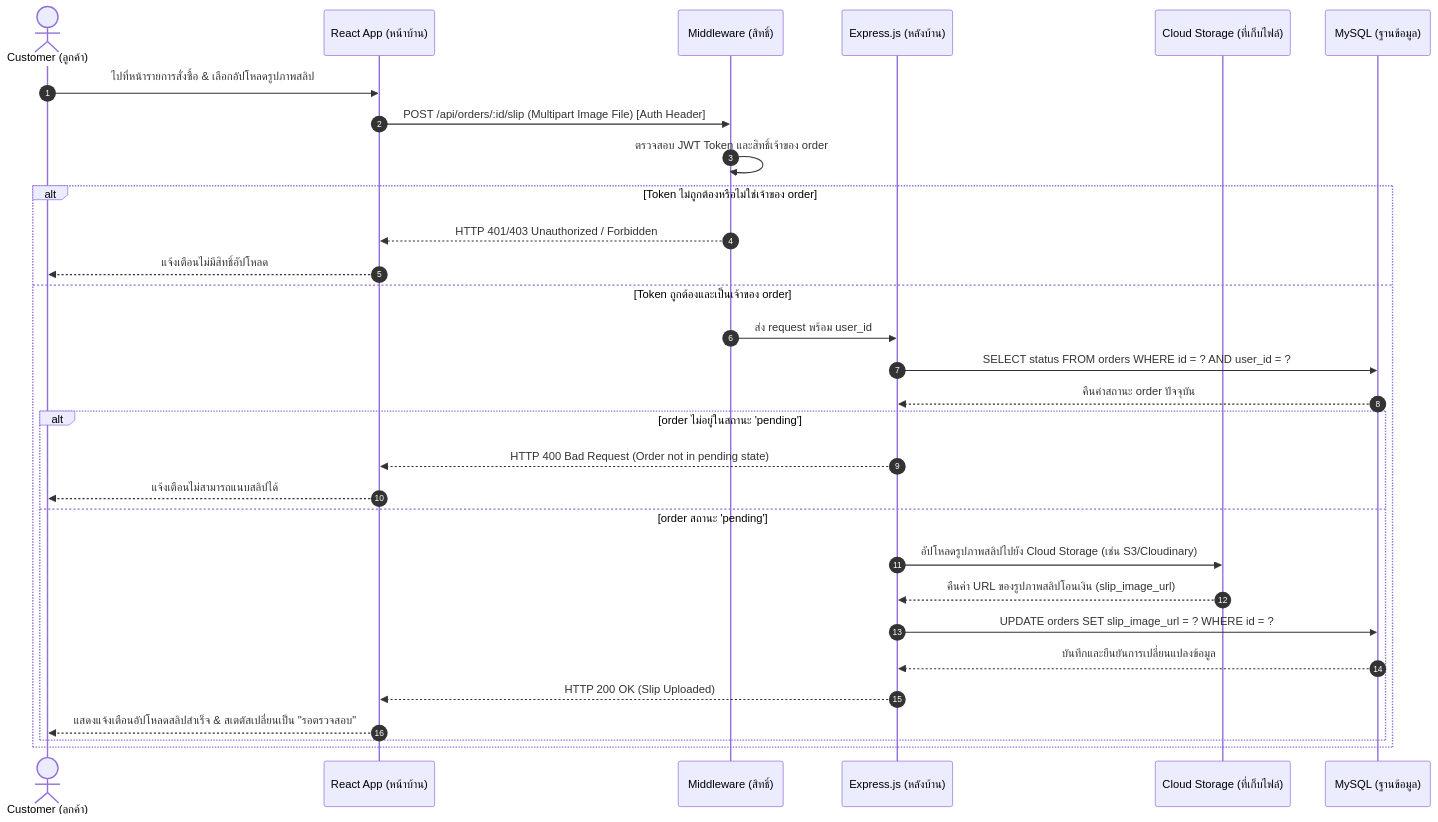
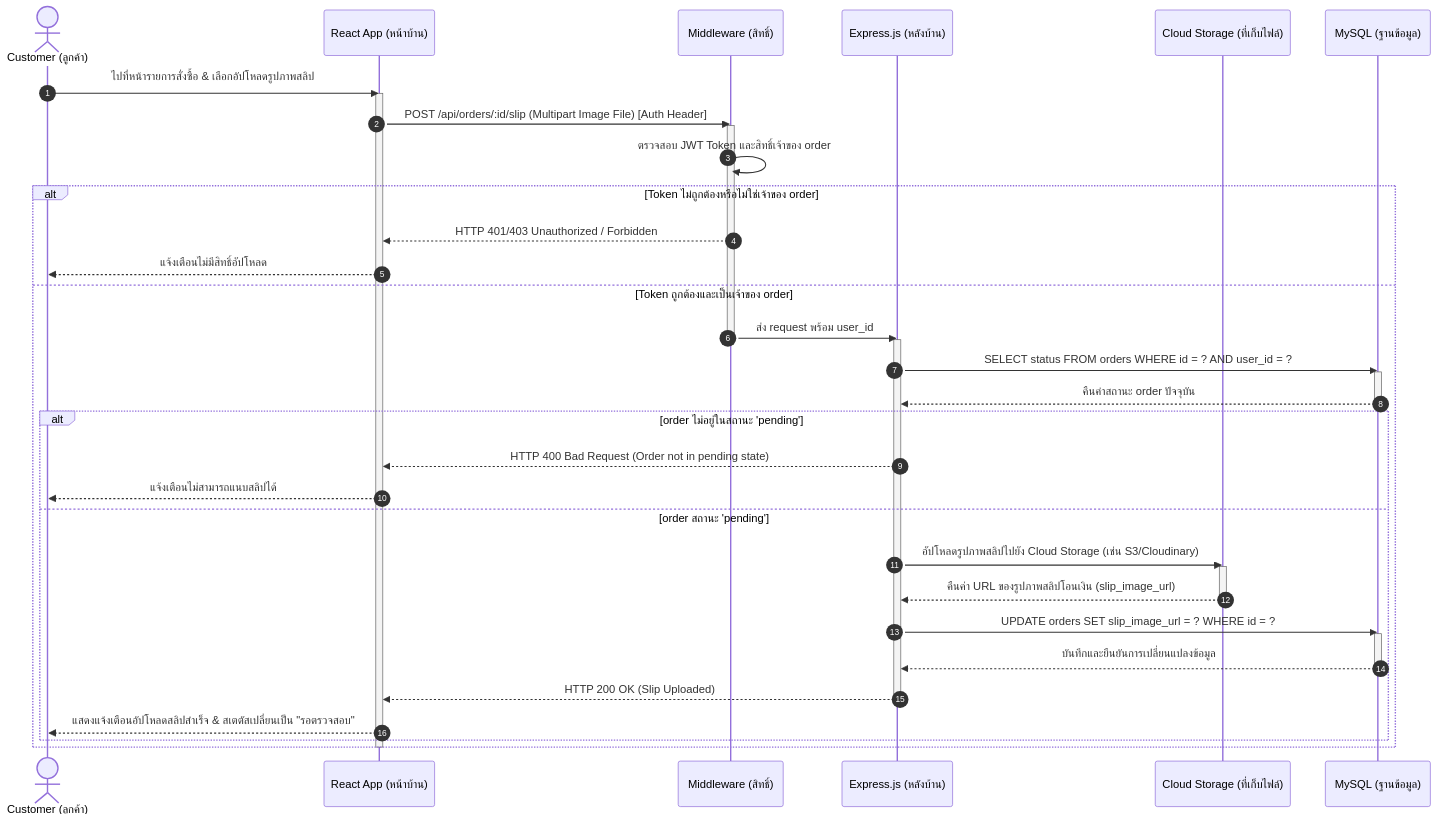
Before and after one commit to SupvichSpuGM/online-bookstore: the seventh of 15 diagrams in diagram/Diagram.md, drawn with Mermaid. The commit also changed other lines of this file and 2 other files, not shown here.

Commit message:
อัพเดทให้ sq diagram ตรงกัน

````diff
--- a/diagram/Diagram.md
+++ b/diagram/Diagram.md
@@ -393,33 +472,45 @@
 ```mermaid
 sequenceDiagram
-    autonumber
-    actor Customer as Customer (ลูกค้า)
-    participant Client as React App (หน้าบ้าน)
-    participant AuthMW as Middleware (สิทธิ์)
-    participant API as Express.js (หลังบ้าน)
-    participant Storage as Cloud Storage (ที่เก็บไฟล์)
-    participant DB as MySQL (ฐานข้อมูล)
+            autonumber
+            actor Customer as Customer (ลูกค้า)
+            participant Client as React App (หน้าบ้าน)
+            participant AuthMW as Middleware (สิทธิ์)
+            participant API as Express.js (หลังบ้าน)
+            participant Storage as Cloud Storage (ที่เก็บไฟล์)
+            participant DB as MySQL (ฐานข้อมูล)
 
-    Customer->>Client: ไปที่หน้ารายการสั่งซื้อ & เลือกอัปโหลดรูปภาพสลิป
-    Client->>AuthMW: POST /api/orders/:id/slip (Multipart Image File) [Auth Header]
-    AuthMW->>AuthMW: ตรวจสอบ JWT Token และสิทธิ์เจ้าของ order
-    alt Token ไม่ถูกต้องหรือไม่ใช่เจ้าของ order
-        AuthMW-->>Client: HTTP 401/403 Unauthorized / Forbidden
-        Client-->>Customer: แจ้งเตือนไม่มีสิทธิ์อัปโหลด
-    else Token ถูกต้องและเป็นเจ้าของ order
-        AuthMW->>API: ส่ง request พร้อม user_id
-        API->>DB: SELECT status FROM orders WHERE id = ? AND user_id = ?
-        DB-->>API: คืนค่าสถานะ order ปัจจุบัน
-        alt order ไม่อยู่ในสถานะ 'pending'
-            API-->>Client: HTTP 400 Bad Request (Order not in pending state)
-            Client-->>Customer: แจ้งเตือนไม่สามารถแนบสลิปได้
-        else order สถานะ 'pending'
-            API->>Storage: อัปโหลดรูปภาพสลิปไปยัง Cloud Storage (เช่น S3/Cloudinary)
-            Storage-->>API: คืนค่า URL ของรูปภาพสลิปโอนเงิน (slip_image_url)
-            API->>DB: UPDATE orders SET slip_image_url = ? WHERE id = ?
-            DB-->>API: บันทึกและยืนยันการเปลี่ยนแปลงข้อมูล
-            API-->>Client: HTTP 200 OK (Slip Uploaded)
-            Client-->>Customer: แสดงแจ้งเตือนอัปโหลดสลิปสำเร็จ & สเตตัสเปลี่ยนเป็น "รอตรวจสอบ"
-        end
-    end
+            Customer->>Client: ไปที่หน้ารายการสั่งซื้อ & เลือกอัปโหลดรูปภาพสลิป
+            activate Client
+            Client->>AuthMW: POST /api/orders/:id/slip (Multipart Image File) [Auth Header]
+            activate AuthMW
+            AuthMW->>AuthMW: ตรวจสอบ JWT Token และสิทธิ์เจ้าของ order
+            alt Token ไม่ถูกต้องหรือไม่ใช่เจ้าของ order
+                AuthMW-->>Client: HTTP 401/403 Unauthorized / Forbidden
+                Client-->>Customer: แจ้งเตือนไม่มีสิทธิ์อัปโหลด
+            else Token ถูกต้องและเป็นเจ้าของ order
+                AuthMW->>API: ส่ง request พร้อม user_id
+                deactivate AuthMW
+                activate API
+                API->>DB: SELECT status FROM orders WHERE id = ? AND user_id = ?
+                activate DB
+                DB-->>API: คืนค่าสถานะ order ปัจจุบัน
+                deactivate DB
+                alt order ไม่อยู่ในสถานะ 'pending'
+                    API-->>Client: HTTP 400 Bad Request (Order not in pending state)
+                    Client-->>Customer: แจ้งเตือนไม่สามารถแนบสลิปได้
+                else order สถานะ 'pending'
+                    API->>Storage: อัปโหลดรูปภาพสลิปไปยัง Cloud Storage (เช่น S3/Cloudinary)
+                    activate Storage
+                    Storage-->>API: คืนค่า URL ของรูปภาพสลิปโอนเงิน (slip_image_url)
+                    deactivate Storage
+                    API->>DB: UPDATE orders SET slip_image_url = ? WHERE id = ?
+                    activate DB
+                    DB-->>API: บันทึกและยืนยันการเปลี่ยนแปลงข้อมูล
+                    deactivate DB
+                    API-->>Client: HTTP 200 OK (Slip Uploaded)
+                    deactivate API
+                    Client-->>Customer: แสดงแจ้งเตือนอัปโหลดสลิปสำเร็จ & สเตตัสเปลี่ยนเป็น "รอตรวจสอบ"
+                end
+            end
+            deactivate Client
 ```
````
